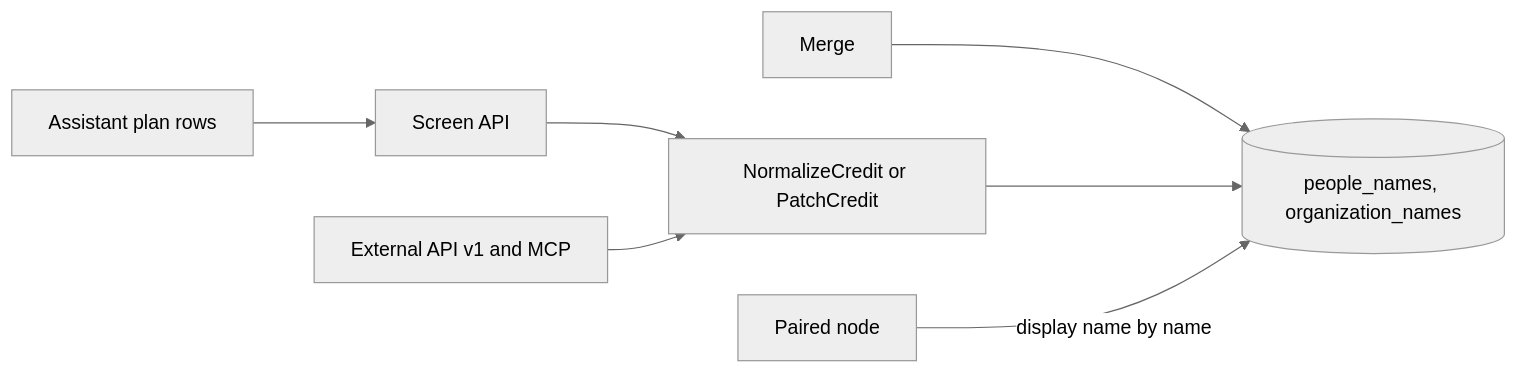
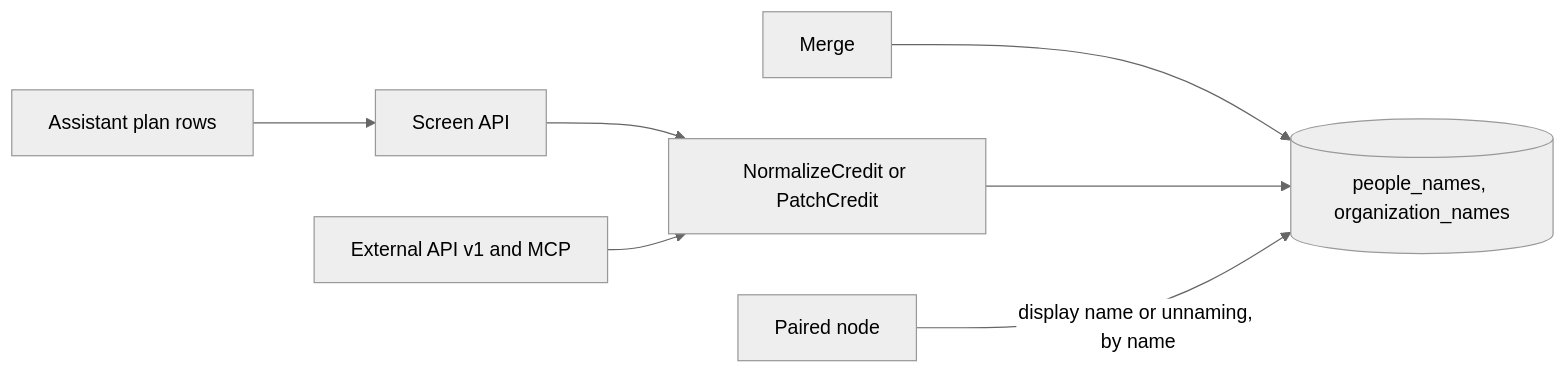
Before and after one commit to syudead/vv: the first of 3 diagrams in docs/design-docs/credit-names.md, drawn with Mermaid (neutral theme). The commit also changed other lines of this file and 12 other files, not shown here.

First line of the commit message:
Unname a person on the paired nodes and check names before any peer write

````diff
--- a/docs/design-docs/credit-names.md
+++ b/docs/design-docs/credit-names.md
@@ -10,9 +10,9 @@
 ```mermaid
 flowchart LR
   screen[Screen API] --> rule[NormalizeCredit or PatchCredit]
   external[External API v1 and MCP] --> rule
   assistant[Assistant plan rows] --> screen
   merge[Merge] --> rows
   rule --> rows[(people_names, organization_names)]
-  peer[Paired node] -->|display name by name| rows
+  peer[Paired node] -->|display name or unnaming, by name| rows
 ```
````
